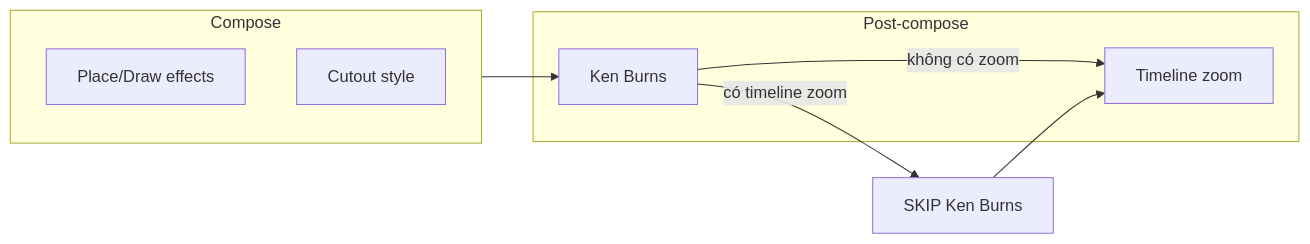
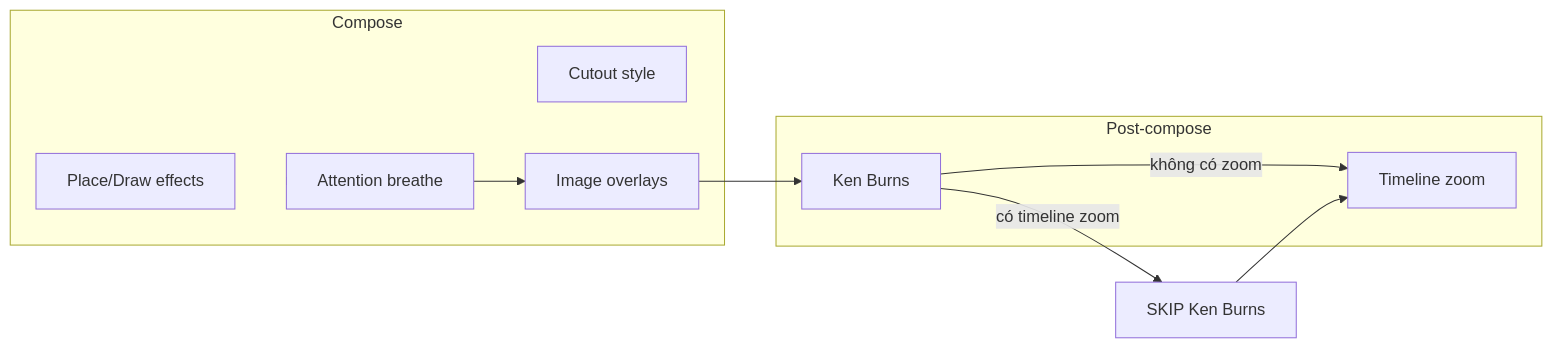
One commit to whyiloveher2411/_biong_backend_FE changed the diagram in .cursor/skills/biong-short-video-whiteboard/references/effects-layers.md. Above: the diagram before and after it, drawn with Mermaid. The commit also changed other lines of this file and 10 other files, not shown here.

````diff
--- a/.cursor/skills/biong-short-video-whiteboard/references/effects-layers.md
+++ b/.cursor/skills/biong-short-video-whiteboard/references/effects-layers.md
@@ -139,15 +179,19 @@
 ```mermaid
 flowchart LR
   subgraph compose [Compose]
     Place[Place/Draw effects]
     Style[Cutout style]
+    Breathe[Attention breathe]
+    Overlay[Image overlays]
   end
   subgraph post [Post-compose]
     KenBurns[Ken Burns]
     Timeline[Timeline zoom]
   end
-  compose --> KenBurns
+  compose --> Breathe
+  Breathe --> Overlay
+  Overlay --> KenBurns
   KenBurns -->|"có timeline zoom"| Skip[SKIP Ken Burns]
   KenBurns -->|"không có zoom"| Timeline
   Skip --> Timeline
 ```
````
